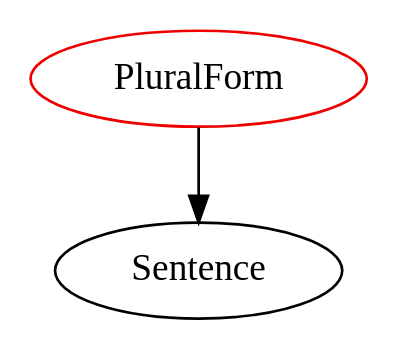
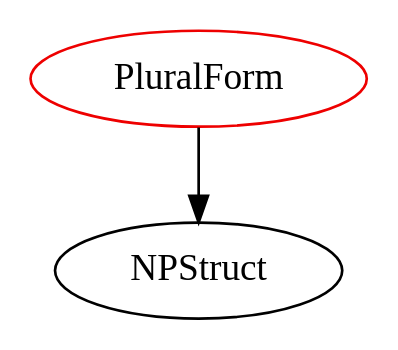
Before and after one commit to JacquesCarette/Drasil: the diagram in analysis/TypeDependencyGraphs/lang/PluralForm.dot, drawn with Graphviz. The commit also changed 899 other files, not shown here.

```diff
--- a/analysis/TypeDependencyGraphs/lang/PluralForm.dot
+++ b/analysis/TypeDependencyGraphs/lang/PluralForm.dot
@@ -1,4 +1,4 @@
 digraph pluralform{
 PluralForm	[shape=oval, color=red2, label="PluralForm"];
-PluralForm -> Sentence;
+PluralForm -> NPStruct;
 }
```
